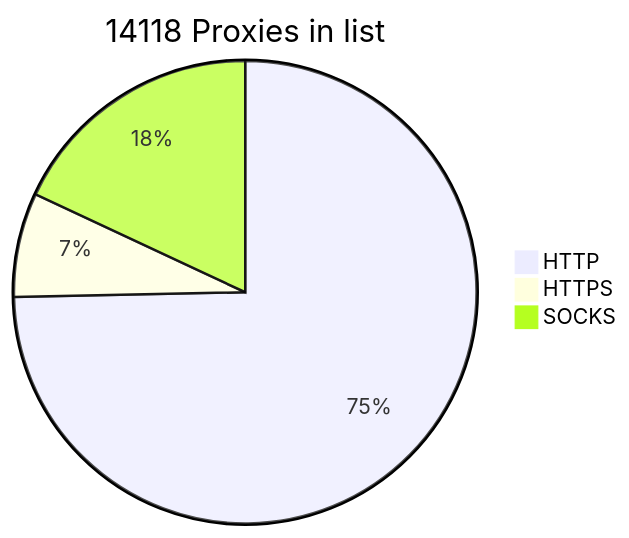
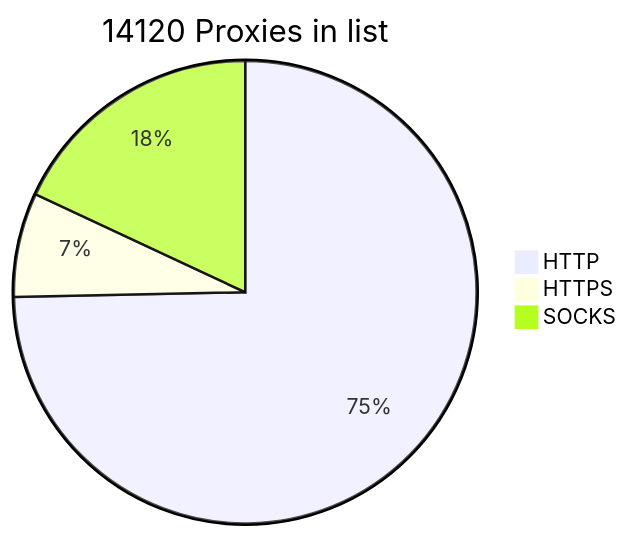
The diagram in README.md (BlackSnowDot/proxylist-update-every-minute), drawn with Mermaid before and after one commit.

````diff
--- a/README.md
+++ b/README.md
@@ -2,6 +2,6 @@
 ```mermaid
-pie title 14118 Proxies in list
-    "HTTP" : 10745
-    "HTTPS": 1046
+pie title 14120 Proxies in list
+    "HTTP" : 10746
+    "HTTPS": 1047
     "SOCKS" : 2597
 ```
````
